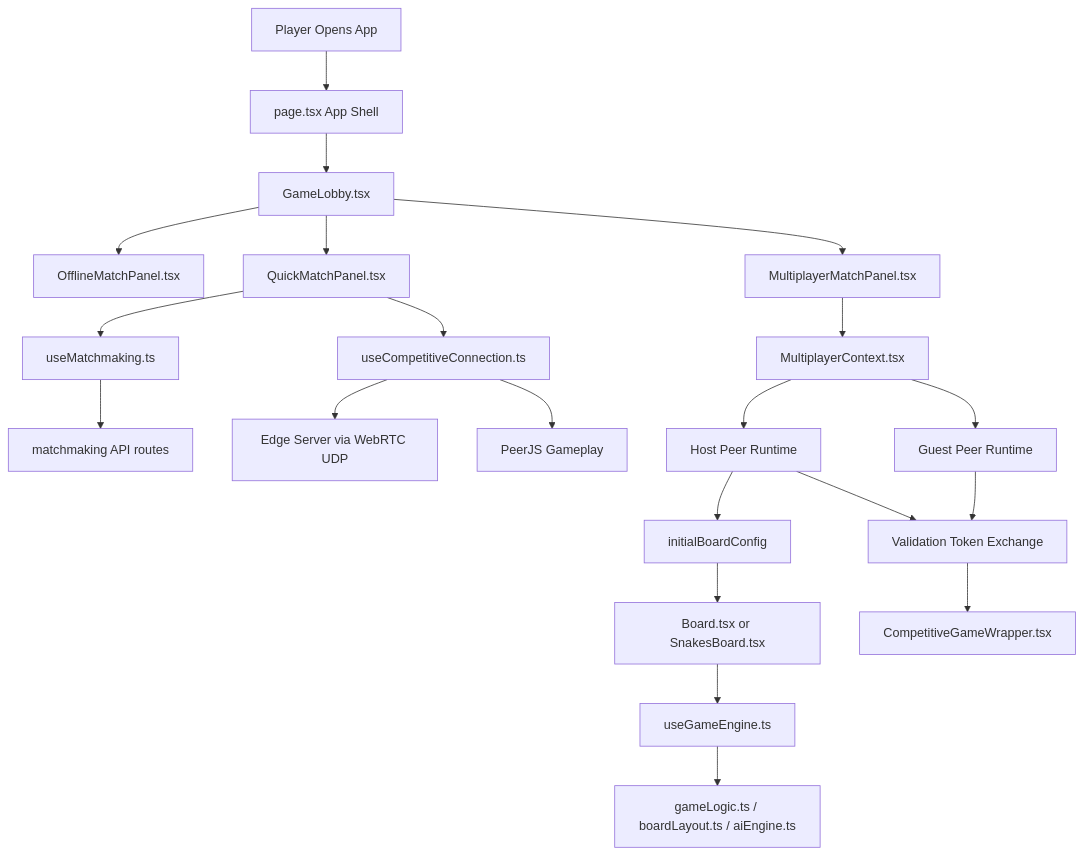
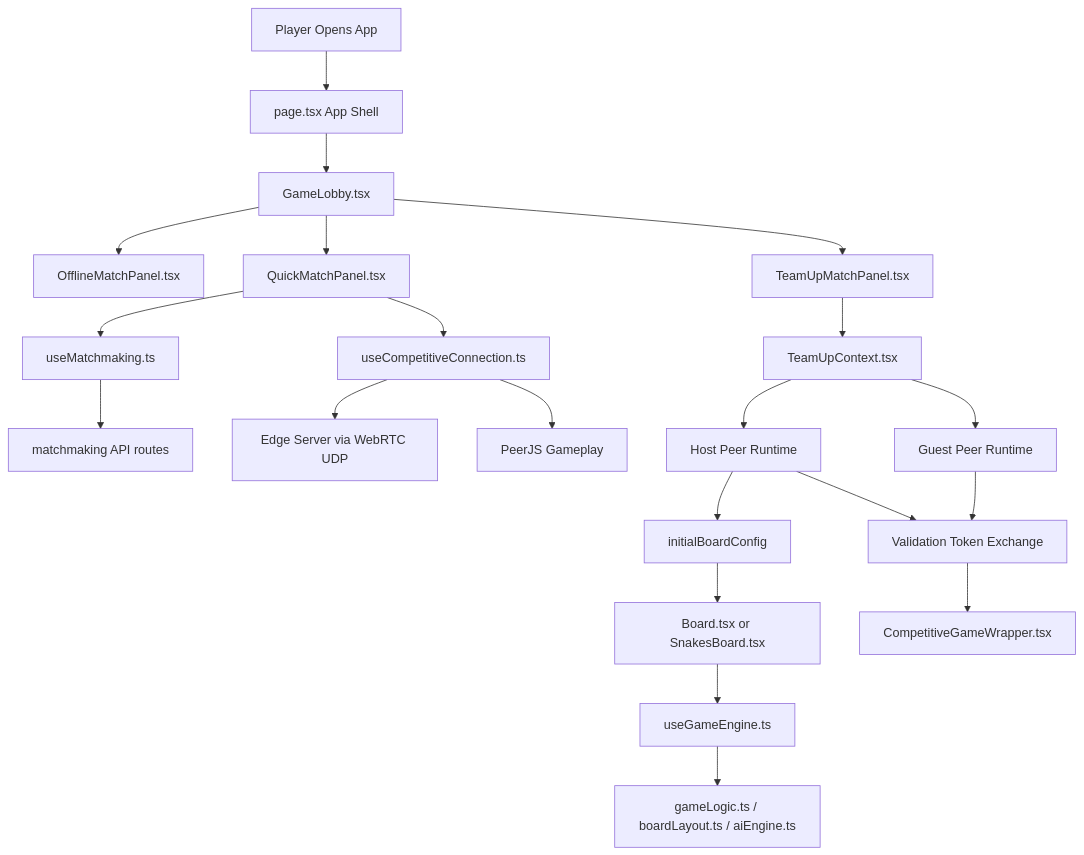
Before and after one commit to mrongSubho/ludo-base: the first of 3 diagrams in GAME_DESIGN_DOCUMENT.md, drawn with Mermaid. The commit also changed other lines of this file and 27 other files, not shown here.

Commit message:
Rename Multiplayer to TeamUp and restore lobby functionality

````diff
--- a/GAME_DESIGN_DOCUMENT.md
+++ b/GAME_DESIGN_DOCUMENT.md
@@ -376,23 +376,23 @@
 ```mermaid
 flowchart TD
     A[Player Opens App] --> B[page.tsx App Shell]
     B --> C[GameLobby.tsx]
     C --> D[OfflineMatchPanel.tsx]
     C --> E[QuickMatchPanel.tsx]
-    C --> F[MultiplayerMatchPanel.tsx]
+    C --> F[TeamUpMatchPanel.tsx]
     E --> G[useMatchmaking.ts]
     G --> H[matchmaking API routes]
     E --> I[useCompetitiveConnection.ts]
     I --> J[Edge Server via WebRTC UDP]
     I --> K[PeerJS Gameplay]
-    F --> L[MultiplayerContext.tsx]
+    F --> L[TeamUpContext.tsx]
     L --> M[Host Peer Runtime]
     L --> N[Guest Peer Runtime]
     M --> O[initialBoardConfig]
     O --> P[Board.tsx or SnakesBoard.tsx]
     P --> Q[useGameEngine.ts]
     Q --> R[gameLogic.ts / boardLayout.ts / aiEngine.ts]
     M --> S[Validation Token Exchange]
     N --> S
     S --> T[CompetitiveGameWrapper.tsx]
 ```
````
